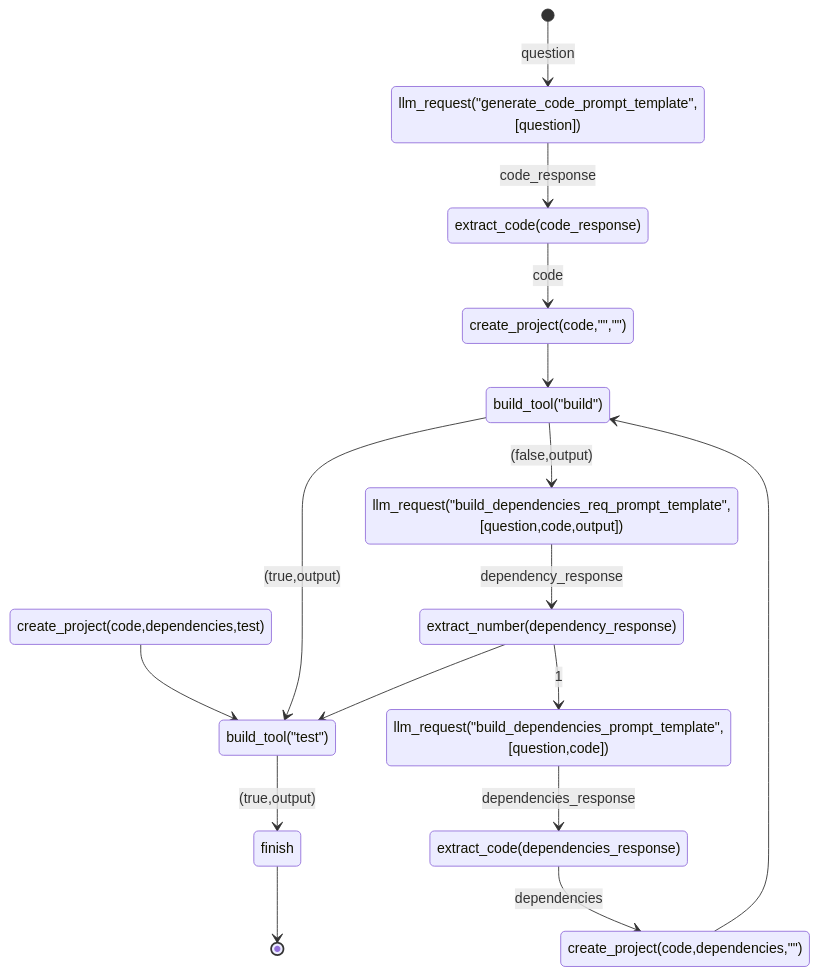
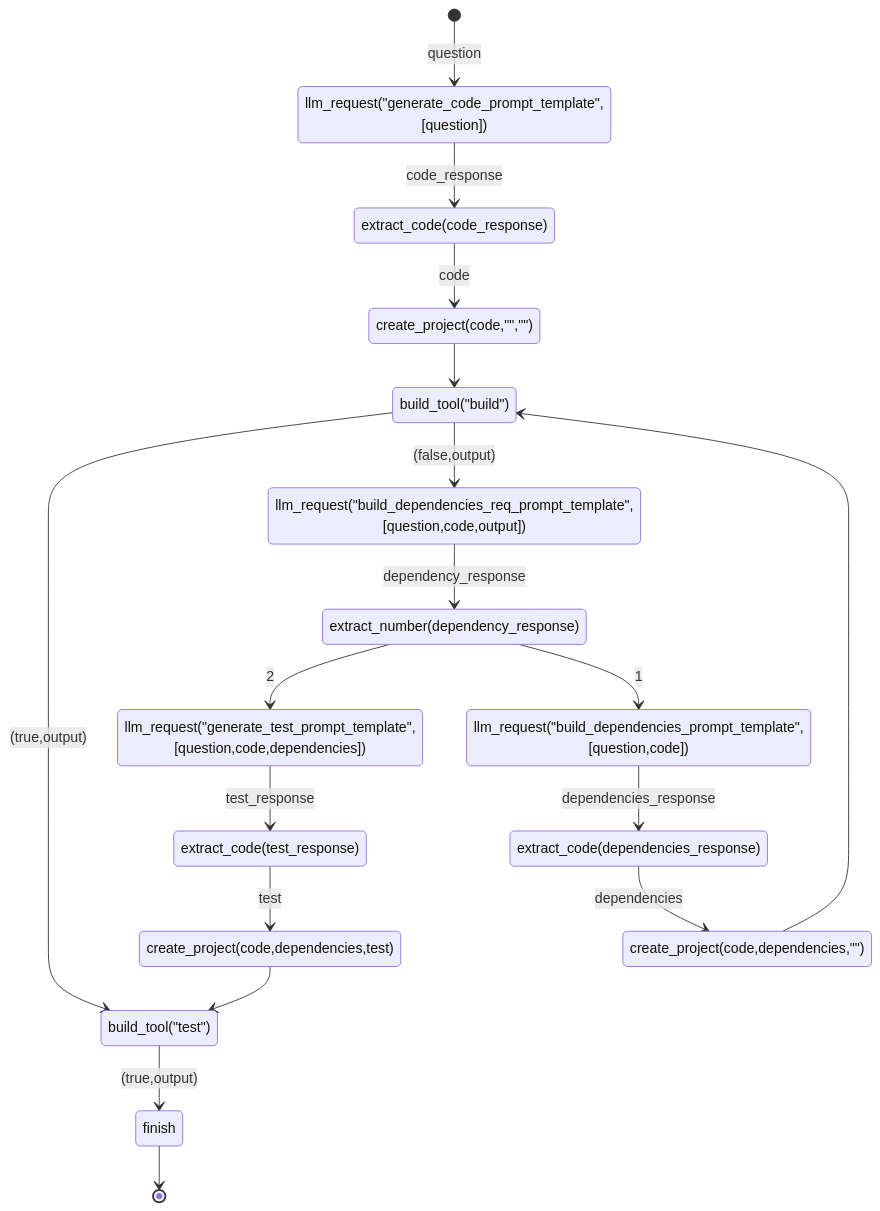
The diagram in state.md (rizgan/LLM-Logic-Exec-Verify), drawn with Mermaid before and after one commit.

Commit message:
state_machine

````diff
--- a/state.md
+++ b/state.md
@@ -1,18 +1,20 @@
 ```mermaid
 stateDiagram
 [*] --> llm_request("generate_code_prompt_template",[question]) : question
 llm_request("generate_code_prompt_template",[question]) --> extract_code(code_response) : code_response
 extract_code(code_response) --> create_project(code,"","") : code
 create_project(code,"","") --> build_tool("build")
 create_project(code,dependencies,"") --> build_tool("build")
 create_project(code,dependencies,test) --> build_tool("test")
 build_tool("test") --> finish : (true,output)
 build_tool("build") --> build_tool("test") : (true,output) 
 build_tool("build") --> llm_request("build_dependencies_req_prompt_template",[question,code,output]) : (false,output) 
 llm_request("build_dependencies_req_prompt_template",[question,code,output])  --> extract_number(dependency_response) : dependency_response
-extract_number(dependency_response) --> build_tool("test") 
+extract_number(dependency_response) --> llm_request("generate_test_prompt_template",[question,code,dependencies]) : 2
 extract_number(dependency_response) --> llm_request("build_dependencies_prompt_template",[question,code]) : 1
 llm_request("build_dependencies_prompt_template",[question,code]) --> extract_code(dependencies_response) : dependencies_response
 extract_code(dependencies_response) --> create_project(code,dependencies,"") : dependencies 
+llm_request("generate_test_prompt_template",[question,code,dependencies]) --> extract_code(test_response) : test_response
+extract_code(test_response) --> create_project(code,dependencies,test) : test
 finish --> [*]
 ```
````
